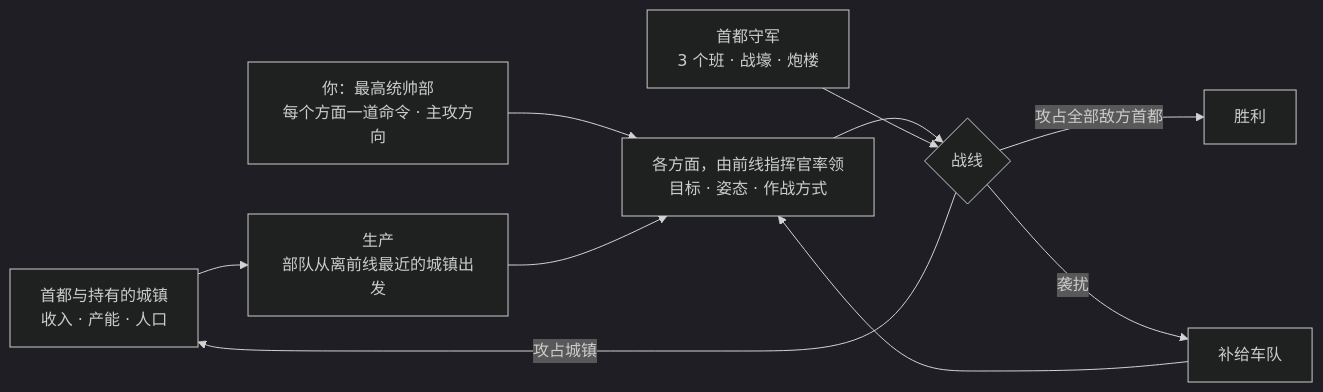
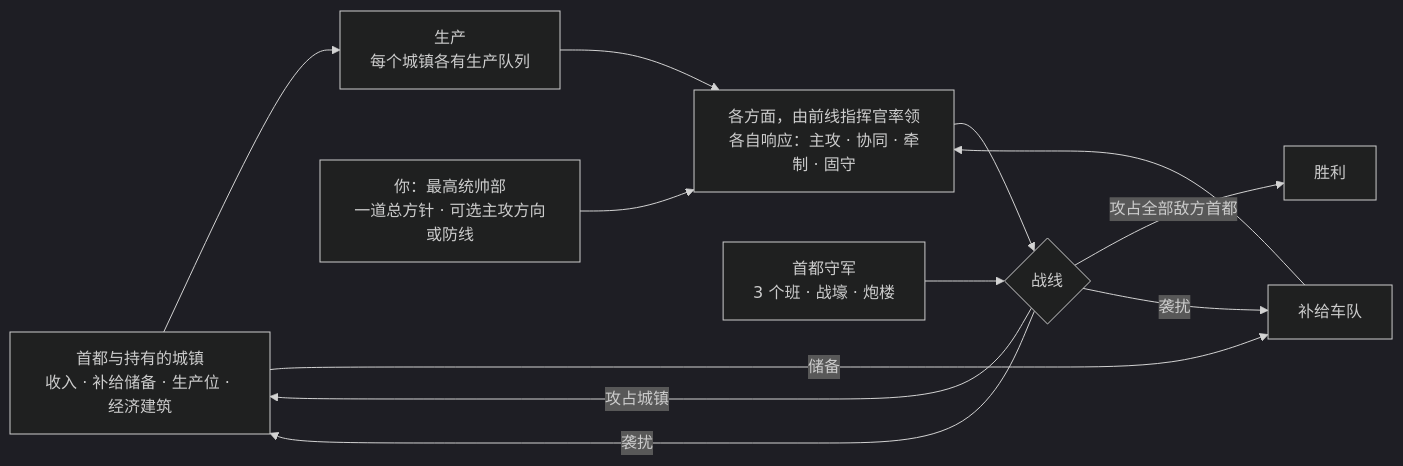
One commit to Zwl20085/LittleWarGame changed the first of 2 diagrams in README.zh-CN.md. Above: the diagram before and after it, drawn with Mermaid (dark theme). The commit also changed other lines of this file and 2 other files, not shown here.

Commit message:
docs: README 2.2 (en + zh) - universal directive, town supply and production, economic buildings, roadside cover, armour groups, AT nerf, fog quick start, update check; roadmap marks 2.2 as this release

````diff
--- a/README.zh-CN.md
+++ b/README.zh-CN.md
@@ -180,12 +212,14 @@
 ```mermaid
 flowchart LR
-  A[首都与持有的城镇<br/>收入 · 产能 · 人口] --> B[生产<br/>部队从离前线最近的城镇出发]
-  H[你：最高统帅部<br/>每个方面一道命令 · 主攻方向] --> C
-  B --> C[各方面，由前线指挥官率领<br/>目标 · 姿态 · 作战方式]
+  A[首都与持有的城镇<br/>收入 · 补给储备 · 生产位 · 经济建筑] --> B[生产<br/>每个城镇各有生产队列]
+  H[你：最高统帅部<br/>一道总方针 · 可选主攻方向或防线] --> C
+  B --> C[各方面，由前线指挥官率领<br/>各自响应：主攻 · 协同 · 牵制 · 固守]
   C --> D{战线}
   G[首都守军<br/>3 个班 · 战壕 · 炮楼] --> D
   D -- 攻占城镇 --> A
   D -- 攻占全部敌方首都 --> V[胜利]
-  S[补给车队] --> C
+  A -- 储备 --> S[补给车队]
+  S --> C
   D -- 袭扰 --> S
+  D -- 袭扰 --> A
 ```
````
